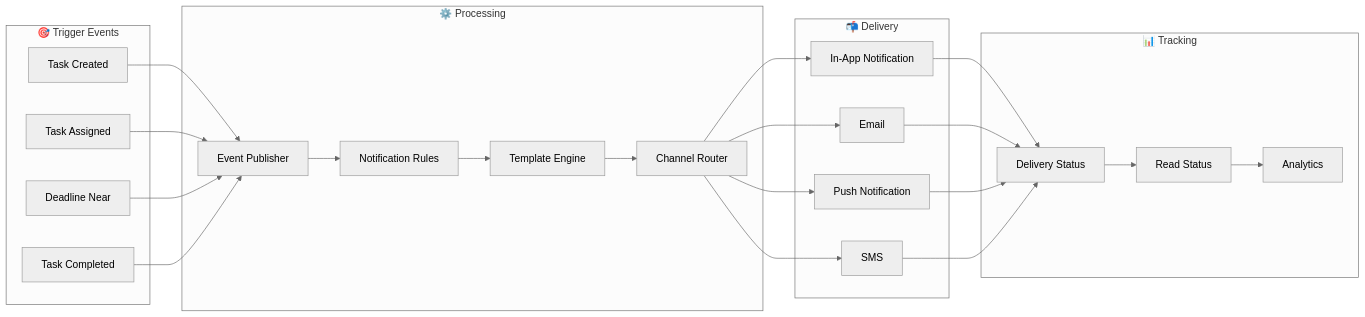
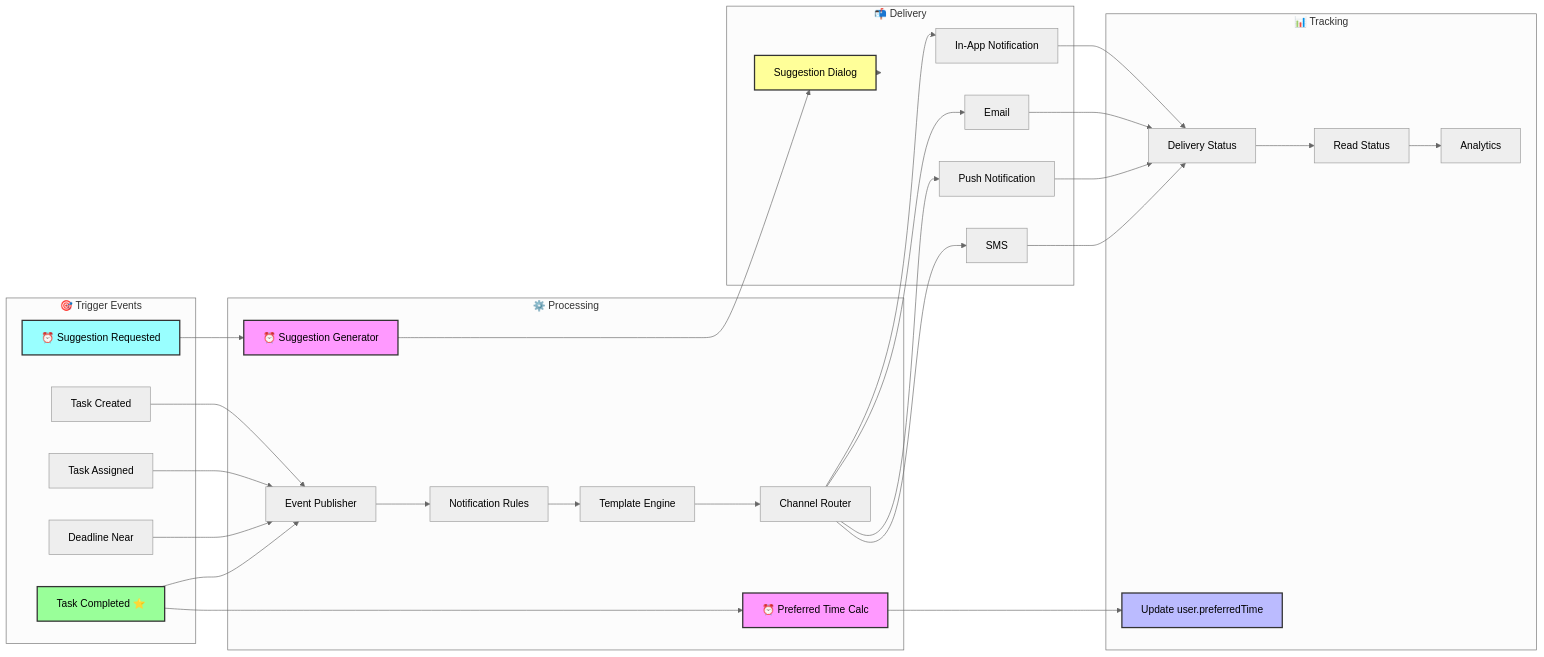
Before and after one commit to MohammadSheakh/task-management: the diagram in task-management-backend-template/src/modules/task.module/doc/dia/task-data-flow.mermaid, drawn with Mermaid (neutral theme). The commit also changed 37 other files, not shown here.

```diff
--- a/task-management-backend-template/src/modules/task.module/doc/dia/task-data-flow.mermaid
+++ b/task-management-backend-template/src/modules/task.module/doc/dia/task-data-flow.mermaid
@@ -1,49 +1,68 @@
 flowchart LR
     subgraph Trigger["🎯 Trigger Events"]
         TaskCreated[Task Created]
         TaskAssigned[Task Assigned]
         DeadlineApproaching[Deadline Near]
-        TaskCompleted[Task Completed]
+        TaskCompleted[Task Completed ⭐]
+        SuggestionRequested[⏰ Suggestion Requested]
     end
 
     subgraph Processing["⚙️ Processing"]
         EventPublisher[Event Publisher]
         RuleEngine[Notification Rules]
         TemplateEngine[Template Engine]
         ChannelRouter[Channel Router]
+        PrefTimeCalc[⏰ Preferred Time Calc]
+        PrefSuggestion[⏰ Suggestion Generator]
     end
 
     subgraph Delivery["📬 Delivery"]
         InApp[In-App Notification]
         Email[Email]
         Push[Push Notification]
         SMS[SMS]
+        SuggestionUI[Suggestion Dialog]
     end
 
     subgraph Tracking["📊 Tracking"]
         DeliveryStatus[Delivery Status]
         ReadStatus[Read Status]
         Analytics[Analytics]
+        PrefTimeUpdate[Update user.preferredTime]
     end
 
     TaskCreated --> EventPublisher
     TaskAssigned --> EventPublisher
     DeadlineApproaching --> EventPublisher
     TaskCompleted --> EventPublisher
 
     EventPublisher --> RuleEngine
     RuleEngine --> TemplateEngine
     TemplateEngine --> ChannelRouter
 
     ChannelRouter --> InApp
     ChannelRouter --> Email
     ChannelRouter --> Push
     ChannelRouter --> SMS
 
     InApp --> DeliveryStatus
     Email --> DeliveryStatus
     Push --> DeliveryStatus
     SMS --> DeliveryStatus
 
     DeliveryStatus --> ReadStatus
     ReadStatus --> Analytics
+
+    TaskCompleted --> PrefTimeCalc
+    PrefTimeCalc --> PrefTimeUpdate
+
+    SuggestionRequested --> PrefSuggestion
+    PrefSuggestion --> SuggestionUI
+    SuggestionUI --> Delivery
+
+    style TaskCompleted fill:#9f9,stroke:#333,stroke-width:2px
+    style PrefTimeCalc fill:#f9f,stroke:#333,stroke-width:2px
+    style PrefTimeUpdate fill:#bbf,stroke:#333,stroke-width:2px
+    style SuggestionRequested fill:#9ff,stroke:#333,stroke-width:2px
+    style PrefSuggestion fill:#f9f,stroke:#333,stroke-width:2px
+    style SuggestionUI fill:#ff9,stroke:#333,stroke-width:2px
```
